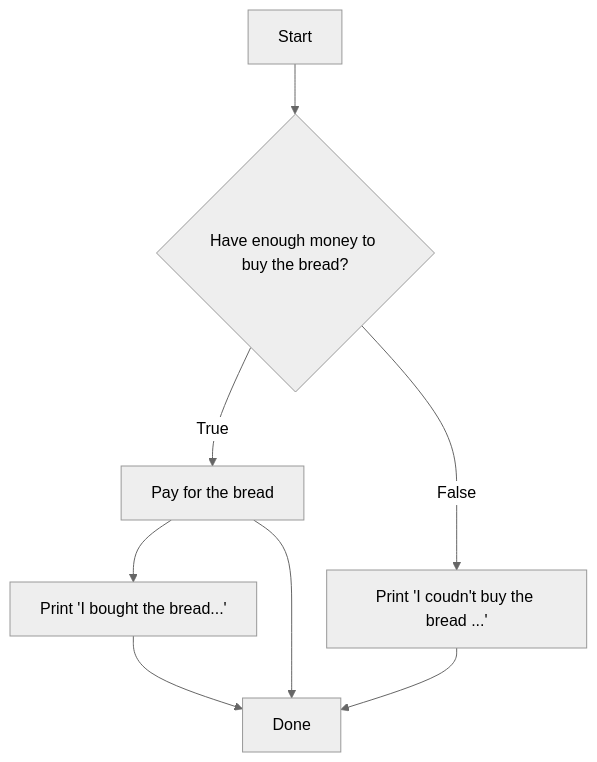
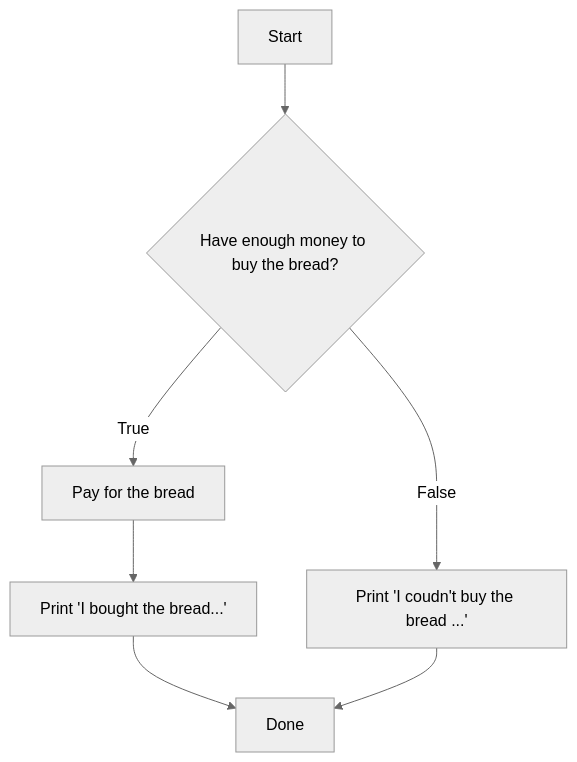
The second of 4 diagrams in courses/level-0/algoritma-menggunakan-python/3-conditionals.md (rahmanda/ayongulik), drawn with Mermaid (neutral theme) before and after one commit. The commit also changed other lines of this file, not shown here.

Commit message:
docs(algoritma): replace diagram with True and False for branching

````diff
--- a/courses/level-0/algoritma-menggunakan-python/3-conditionals.md
+++ b/courses/level-0/algoritma-menggunakan-python/3-conditionals.md
@@ -53,10 +53,9 @@
 ```mermaid
 flowchart TD
     A[Start] --> B{Have enough money to buy the bread?}
     B -- True --> C[Pay for the bread]
     C --> D[Print 'I bought the bread...']
-    C --> E[Done]
+    D --> E[Done]
     B -- False --> F[Print 'I coudn't buy the bread ...']
     F --> E
-    D --> E
 ```
````
